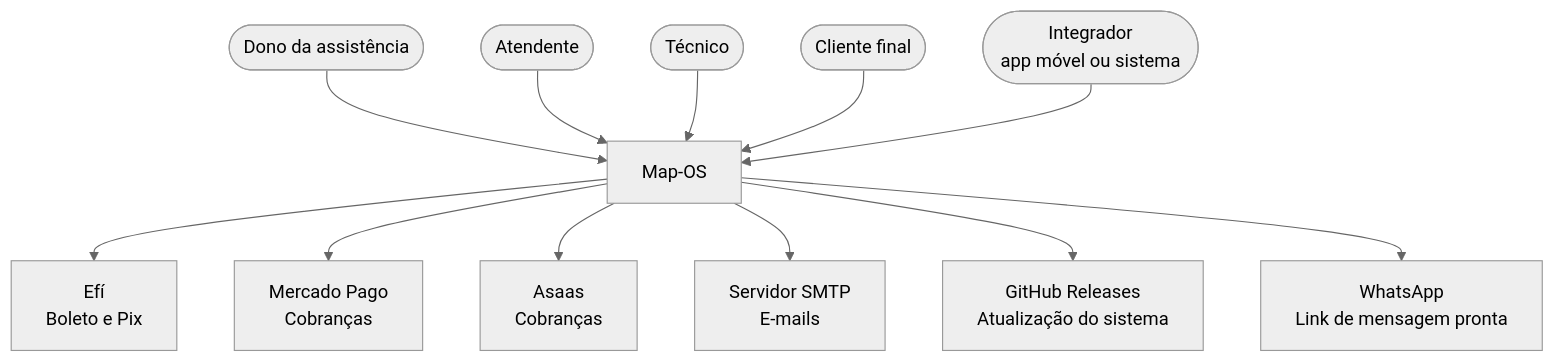
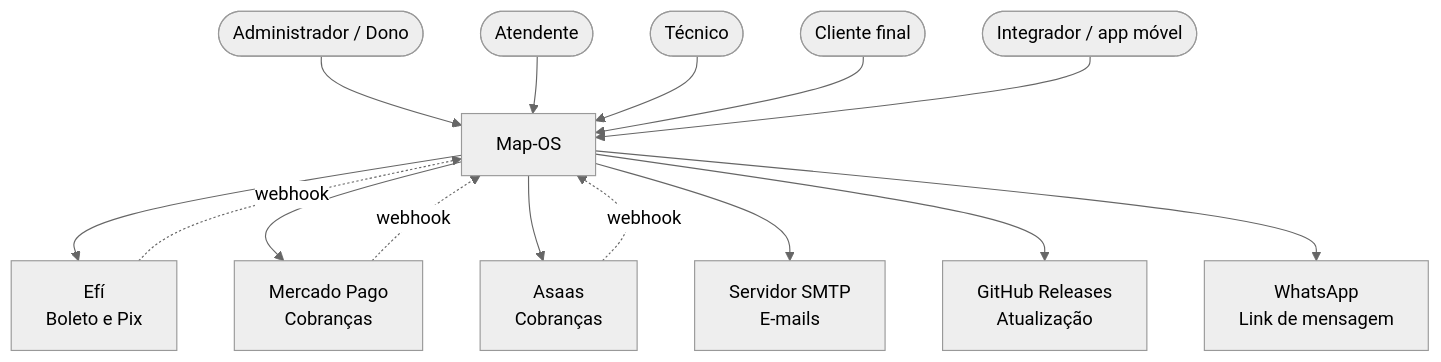
The diagram in .n45/docs/diagrams/context.md (s1k3ira/mapos), drawn with Mermaid before and after one commit. The commit also changed 52 other files, not shown here.

Commit message:
chore(n45): roadmap feat-0001-melhoria-seguranca encerrado e arquivado

````diff
--- a/.n45/docs/diagrams/context.md
+++ b/.n45/docs/diagrams/context.md
@@ -7,15 +7,18 @@
 ```mermaid
 %%{init: {'theme': 'neutral'} }%%
 flowchart TD
-  A([Dono da assistência]) --> S[Map-OS]
-  B([Atendente]) --> S
-  C([Técnico]) --> S
-  D([Cliente final]) --> S
-  I([Integrador\napp móvel ou sistema]) --> S
-  S --> E1["Efí\nBoleto e Pix"]
-  S --> E2["Mercado Pago\nCobranças"]
-  S --> E3["Asaas\nCobranças"]
-  S --> E4["Servidor SMTP\nE-mails"]
-  S --> E5["GitHub Releases\nAtualização do sistema"]
-  S --> E6["WhatsApp\nLink de mensagem pronta"]
+  Dono([Administrador / Dono]) --> S[Map-OS]
+  Atend([Atendente]) --> S
+  Tec([Técnico]) --> S
+  Cli([Cliente final]) --> S
+  Int([Integrador / app móvel]) --> S
+  S --> Efi["Efí\nBoleto e Pix"]
+  S --> MP["Mercado Pago\nCobranças"]
+  S --> Asaas["Asaas\nCobranças"]
+  S --> SMTP["Servidor SMTP\nE-mails"]
+  S --> GH["GitHub Releases\nAtualização"]
+  S --> Whats["WhatsApp\nLink de mensagem"]
+  Efi -.->|webhook| S
+  MP -.->|webhook| S
+  Asaas -.->|webhook| S
 ```
````
